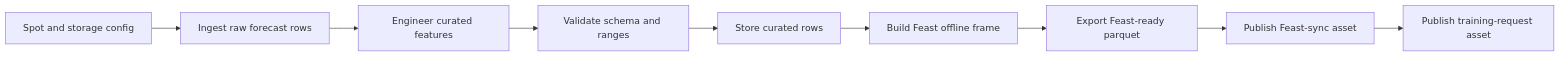
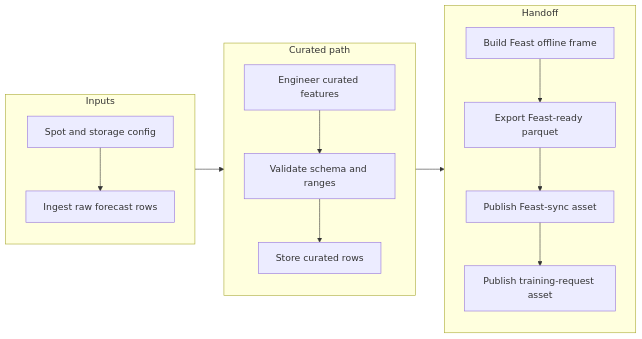
The first of 3 diagrams in docs/site/system/feature-pipeline.md (javihslu/foehncast), drawn with Mermaid before and after one commit. The commit also changed other lines of this file and 22 other files, not shown here.

Commit message:
docs(site): simplify Mermaid diagrams

```diff
--- a/docs/site/system/feature-pipeline.md
+++ b/docs/site/system/feature-pipeline.md
@@ -15,11 +15,29 @@
 <div class="mermaid">
 flowchart LR
-    CFG[Spot and storage config] --> ING[Ingest raw forecast rows]
-    ING --> ENG[Engineer curated features]
-    ENG --> VAL[Validate schema and ranges]
-    VAL --> STO[Store curated rows]
-    STO --> OFF[Build Feast offline frame]
-    OFF --> EXP[Export Feast-ready parquet]
-    EXP --> FEAST[Publish Feast-sync asset]
-    FEAST --> REQ[Publish training-request asset]
+    subgraph Input ["Inputs"]
+        direction TB
+        CFG["Spot and storage config"]
+        ING["Ingest raw forecast rows"]
+        CFG --> ING
+    end
+
+    subgraph Curated ["Curated path"]
+        direction TB
+        ENG["Engineer curated features"]
+        VAL["Validate schema and ranges"]
+        STO["Store curated rows"]
+        ENG --> VAL --> STO
+    end
+
+    subgraph Handoff ["Handoff"]
+        direction TB
+        OFF["Build Feast offline frame"]
+        EXP["Export Feast-ready parquet"]
+        FEAST["Publish Feast-sync asset"]
+        REQ["Publish training-request asset"]
+        OFF --> EXP --> FEAST --> REQ
+    end
+
+    ING --> ENG
+    STO --> OFF
 </div>
```
